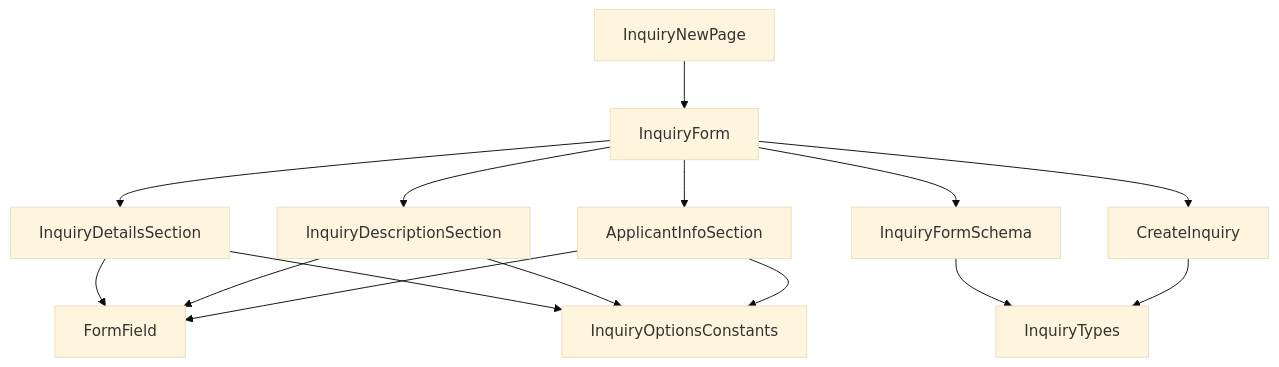
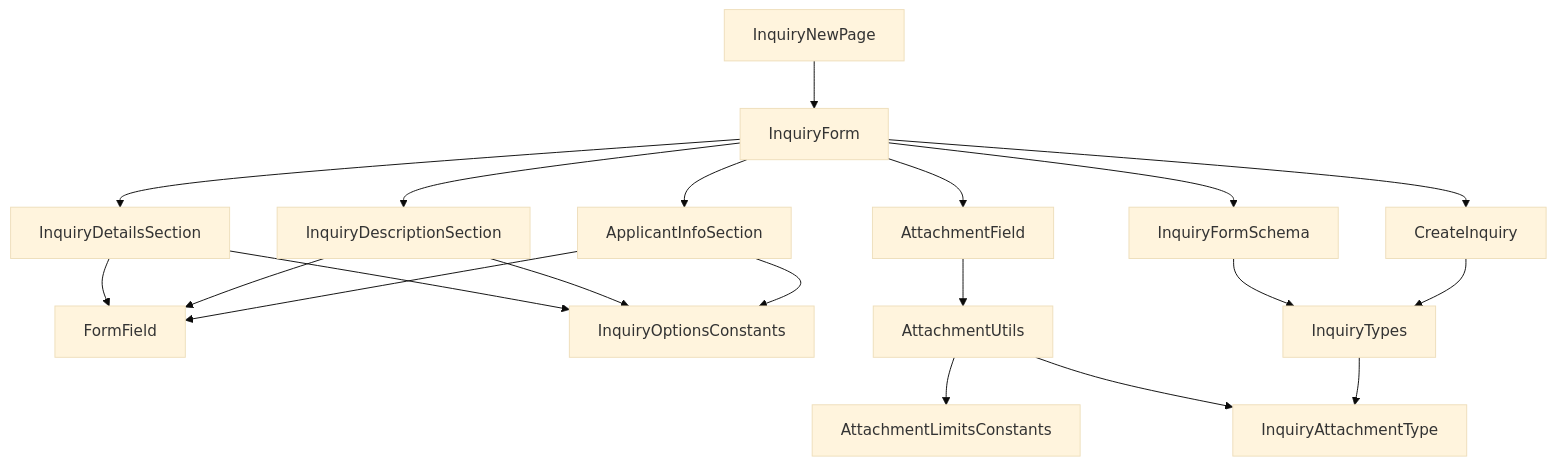
Before and after one commit to yuitosuenaga/daiso-portal-mock: the first of 3 diagrams in .kiro/specs/inquiry-form/design.md, drawn with Mermaid (base theme). The commit also changed other lines of this file and 16 other files, not shown here.

````diff
--- a/.kiro/specs/inquiry-form/design.md
+++ b/.kiro/specs/inquiry-form/design.md
@@ -61,28 +71,37 @@
 ```mermaid
 graph TB
     Page[InquiryNewPage]
     Form[InquiryForm]
     Details[InquiryDetailsSection]
     Description[InquiryDescriptionSection]
     Applicant[ApplicantInfoSection]
+    AttachmentSection[AttachmentField]
     Field[FormField]
     Validation[InquiryFormSchema]
     Options[InquiryOptionsConstants]
+    AttachmentConst[AttachmentLimitsConstants]
+    AttachmentUtil[AttachmentUtils]
     Api[CreateInquiry]
     Types[InquiryTypes]
+    AttachmentTypes[InquiryAttachmentType]
 
     Page --> Form
     Form --> Details
     Form --> Description
     Form --> Applicant
+    Form --> AttachmentSection
     Details --> Field
     Description --> Field
     Applicant --> Field
+    AttachmentSection --> AttachmentUtil
+    AttachmentUtil --> AttachmentConst
+    AttachmentUtil --> AttachmentTypes
     Form --> Validation
     Details --> Options
     Description --> Options
     Applicant --> Options
     Validation --> Types
+    Types --> AttachmentTypes
     Form --> Api
     Api --> Types
 ```
````
